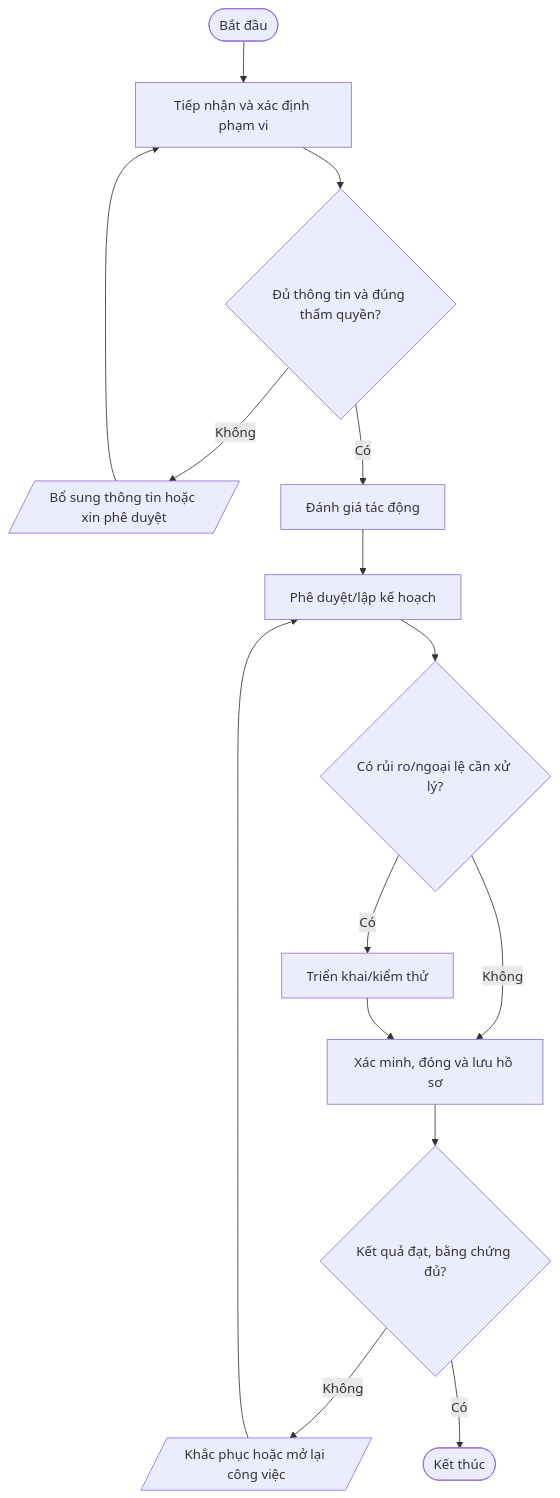
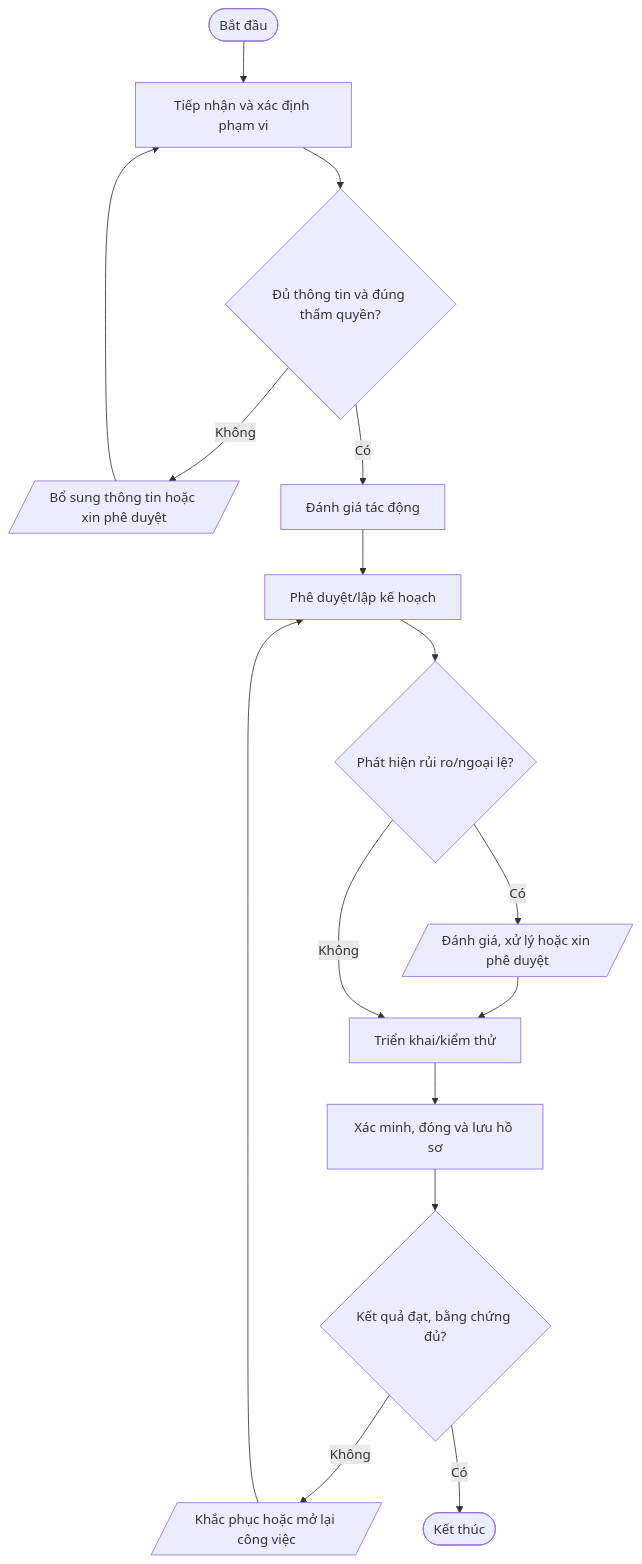
One commit to daoaigiangnam/Quy_Trinh_Chuan changed the sixth of 9 diagrams in quy-trinh/02-Van-hanh-IT/README.md. Above: the diagram before and after it, drawn with Mermaid. The commit also changed other lines of this file, not shown here.

Commit message:
docs: correct procedure flowchart decision paths

````diff
--- a/quy-trinh/02-Van-hanh-IT/README.md
+++ b/quy-trinh/02-Van-hanh-IT/README.md
@@ -495,17 +500,18 @@
 ```mermaid
 flowchart TD
   A([Bắt đầu]) --> S1["Tiếp nhận và xác định phạm vi"]
   S1 --> D1{"Đủ thông tin và đúng thẩm quyền?"}
   D1 -- Không --> F1[/"Bổ sung thông tin hoặc xin phê duyệt"/]
   F1 --> S1
   D1 -- Có --> S2["Đánh giá tác động"]
   S2 --> S3["Phê duyệt/lập kế hoạch"]
-  S3 --> D2{"Có rủi ro/ngoại lệ cần xử lý?"}
-  D2 -- Có --> S4["Triển khai/kiểm thử"]
-  D2 -- Không --> S5["Xác minh, đóng và lưu hồ sơ"]
-  S4 --> S5
+  S3 --> D2{"Phát hiện rủi ro/ngoại lệ?"}
+  D2 -- Có --> RISK[/"Đánh giá, xử lý hoặc xin phê duyệt"/]
+  RISK --> S4["Triển khai/kiểm thử"]
+  D2 -- Không --> S4
+  S4 --> S5["Xác minh, đóng và lưu hồ sơ"]
   S5 --> D3{"Kết quả đạt, bằng chứng đủ?"}
   D3 -- Không --> R[/"Khắc phục hoặc mở lại công việc"/]
   R --> S3
   D3 -- Có --> Z([Kết thúc])
 ```
````
